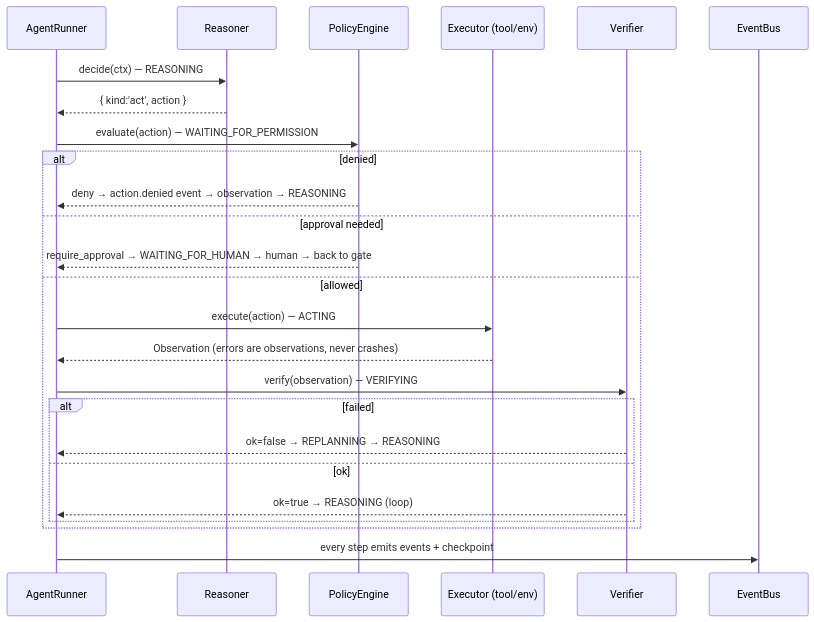
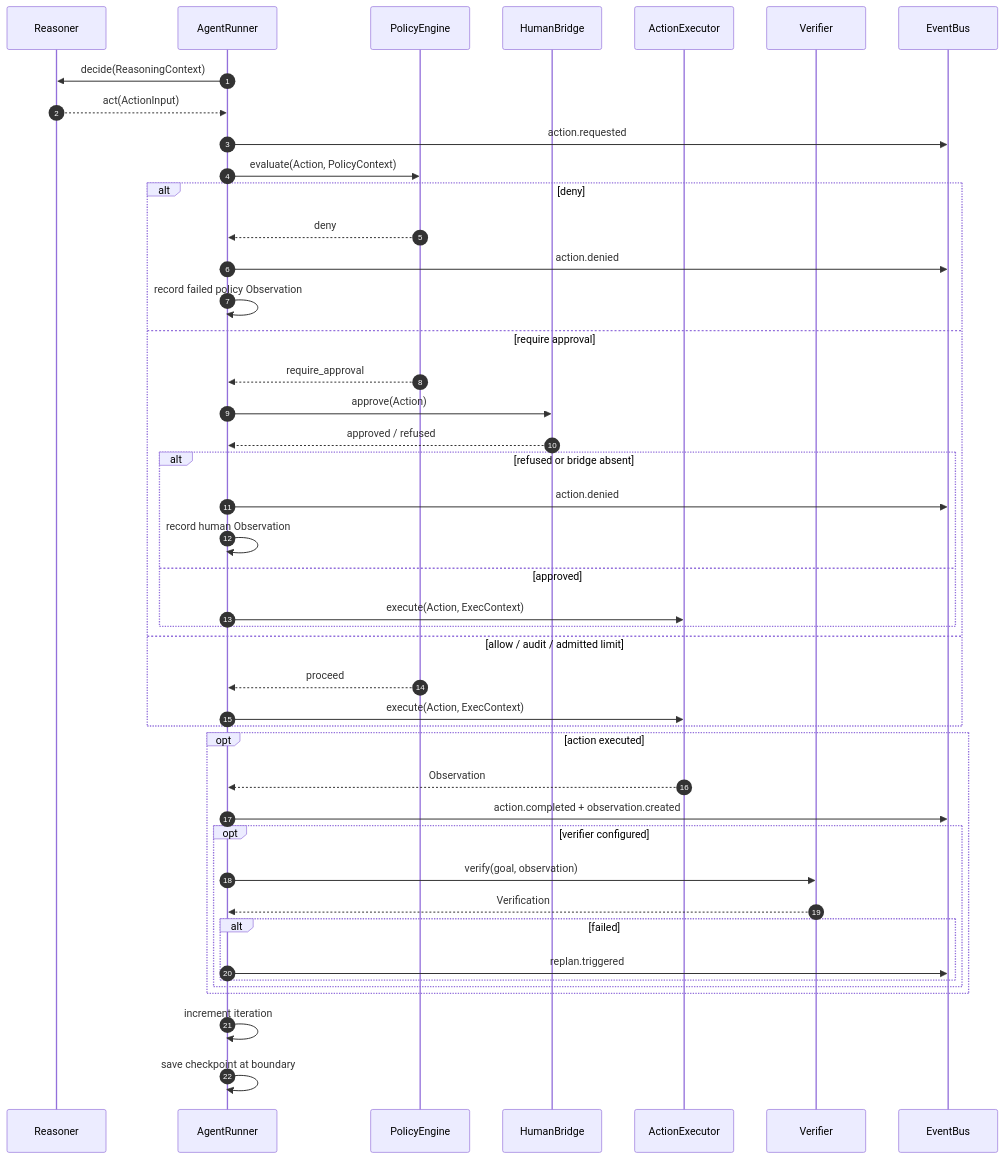
The fifth of 13 diagrams in docs/architecture.md (balureddy003/Naro), drawn with Mermaid before and after one commit. The commit also changed other lines of this file and 21 other files, not shown here.

````diff
--- a/docs/architecture.md
+++ b/docs/architecture.md
@@ -82,28 +334,50 @@
 ```mermaid
 sequenceDiagram
-    participant R as AgentRunner
-    participant B as Reasoner
+    autonumber
+    participant R as Reasoner
+    participant AR as AgentRunner
     participant P as PolicyEngine
-    participant X as Executor (tool/env)
+    participant H as HumanBridge
+    participant X as ActionExecutor
     participant V as Verifier
     participant E as EventBus
 
-    R->>B: decide(ctx) — REASONING
-    B-->>R: { kind:'act', action }
-    R->>P: evaluate(action) — WAITING_FOR_PERMISSION
-    alt denied
-        P-->>R: deny → action.denied event → observation → REASONING
-    else approval needed
-        P-->>R: require_approval → WAITING_FOR_HUMAN → human → back to gate
-    else allowed
-        R->>X: execute(action) — ACTING
-        X-->>R: Observation (errors are observations, never crashes)
-        R->>V: verify(observation) — VERIFYING
-        alt failed
-            V-->>R: ok=false → REPLANNING → REASONING
-        else ok
-            V-->>R: ok=true → REASONING (loop)
+    AR->>R: decide(ReasoningContext)
+    R-->>AR: act(ActionInput)
+    AR->>E: action.requested
+    AR->>P: evaluate(Action, PolicyContext)
+
+    alt deny
+        P-->>AR: deny
+        AR->>E: action.denied
+        AR->>AR: record failed policy Observation
+    else require approval
+        P-->>AR: require_approval
+        AR->>H: approve(Action)
+        H-->>AR: approved / refused
+        alt refused or bridge absent
+            AR->>E: action.denied
+            AR->>AR: record human Observation
+        else approved
+            AR->>X: execute(Action, ExecContext)
+        end
+    else allow / audit / admitted limit
+        P-->>AR: proceed
+        AR->>X: execute(Action, ExecContext)
+    end
+
+    opt action executed
+        X-->>AR: Observation
+        AR->>E: action.completed + observation.created
+        opt verifier configured
+            AR->>V: verify(goal, observation)
+            V-->>AR: Verification
+            alt failed
+                AR->>E: replan.triggered
+            end
         end
     end
-    R->>E: every step emits events + checkpoint
+
+    AR->>AR: increment iteration
+    AR->>AR: save checkpoint at boundary
 ```
````
